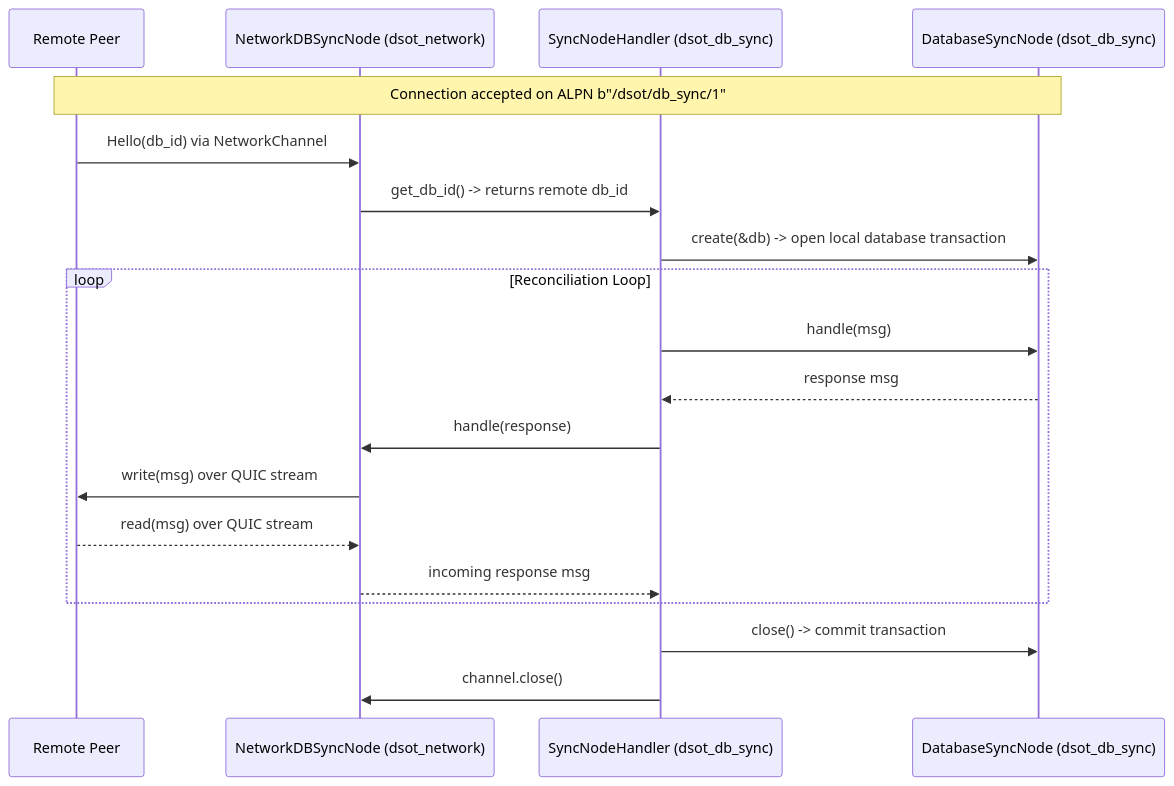
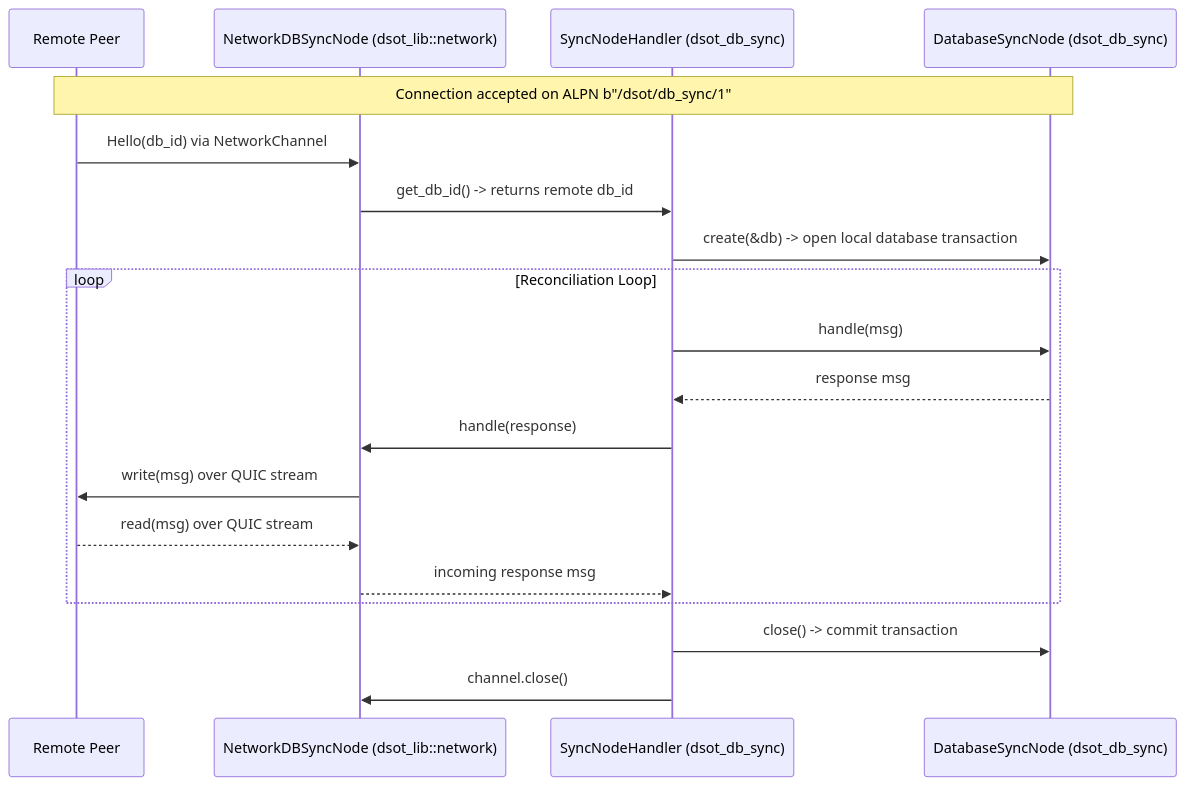
One commit to Davidblkx/dsot changed the second of 2 diagrams in docs/architecture/L3-components/network.md. Above: the diagram before and after it, drawn with Mermaid. The commit also changed other lines of this file and 9 other files, not shown here.

First line of the commit message:
Refactor crate architecture and rename UI components

````diff
--- a/docs/architecture/L3-components/network.md
+++ b/docs/architecture/L3-components/network.md
@@ -82,24 +82,24 @@
 ```mermaid
 sequenceDiagram
     participant Peer as Remote Peer
-    participant NetNode as NetworkDBSyncNode (dsot_network)
+    participant NetNode as NetworkDBSyncNode (dsot_lib::network)
     participant Handler as SyncNodeHandler (dsot_db_sync)
     participant DbNode as DatabaseSyncNode (dsot_db_sync)
 
     Note over Peer,DbNode: Connection accepted on ALPN b"/dsot/db_sync/1"
     Peer->>NetNode: Hello(db_id) via NetworkChannel
     NetNode->>Handler: get_db_id() -> returns remote db_id
     Handler->>DbNode: create(&db) -> open local database transaction
     
     loop Reconciliation Loop
         Handler->>DbNode: handle(msg)
         DbNode-->>Handler: response msg
         Handler->>NetNode: handle(response)
         NetNode->>Peer: write(msg) over QUIC stream
         Peer-->>NetNode: read(msg) over QUIC stream
         NetNode-->>Handler: incoming response msg
     end
     
     Handler->>DbNode: close() -> commit transaction
     Handler->>NetNode: channel.close()
 ```
````
